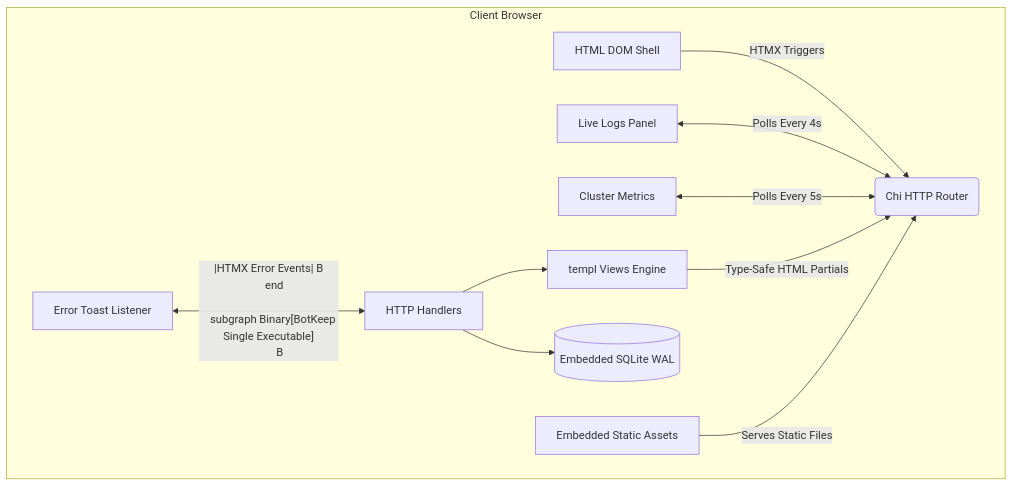
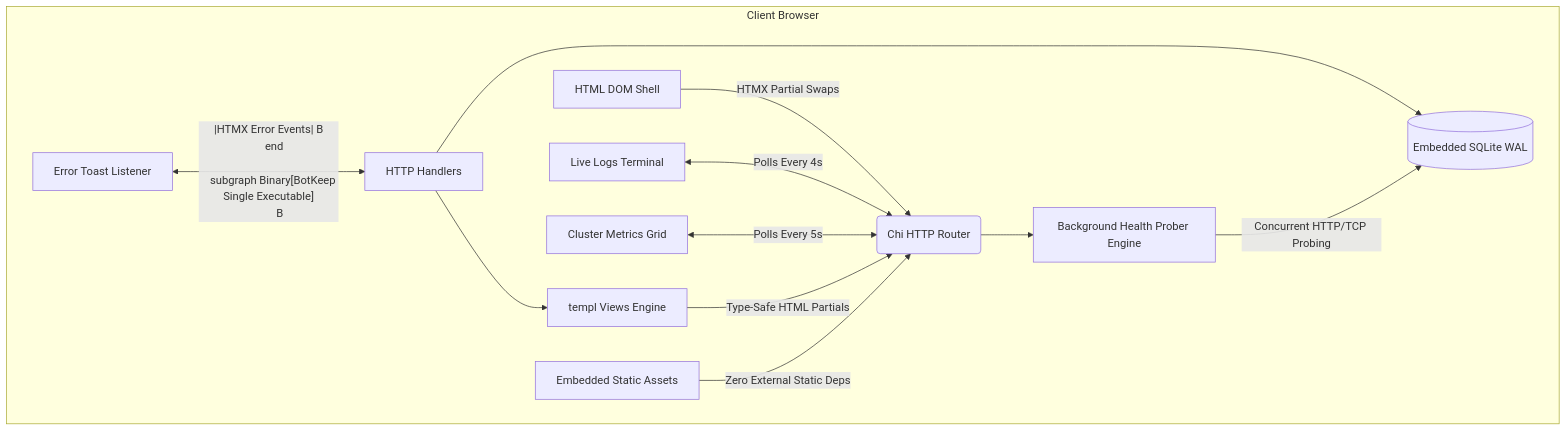
Before and after one commit to sky-ruler/botkeep: the diagram in README.md, drawn with Mermaid. The commit also changed other lines of this file and 17 other files, not shown here.

Commit message:
feat(v2.0): live HTTP health probe engine, precision latency tracking & rolling SLA

````diff
--- a/README.md
+++ b/README.md
@@ -76,17 +76,19 @@
 ```mermaid
 flowchart TD
     subgraph Browser[Client Browser]
-        A[HTML DOM Shell] -->|HTMX Triggers| B(Chi HTTP Router)
-        L[Live Logs Panel] <-->|Polls Every 4s| B
-        M[Cluster Metrics] <-->|Polls Every 5s| B
+        A[HTML DOM Shell] -->|HTMX Partial Swaps| B(Chi HTTP Router)
+        L[Live Logs Terminal] <-->|Polls Every 4s| B
+        M[Cluster Metrics Grid] <-->|Polls Every 5s| B
         E[Error Toast Listener] <--|HTMX Error Events| B
     end
 
     subgraph Binary[BotKeep Single Executable]
         B --> C[HTTP Handlers]
+        B --> MON[Background Health Prober Engine]
         C --> D[templ Views Engine]
         C --> S[(Embedded SQLite WAL)]
+        MON -->|Concurrent HTTP/TCP Probing| S
         D -->|Type-Safe HTML Partials| B
-        FS[Embedded Static Assets] -->|Serves Static Files| B
+        FS[Embedded Static Assets] -->|Zero External Static Deps| B
     end
 ```
````
